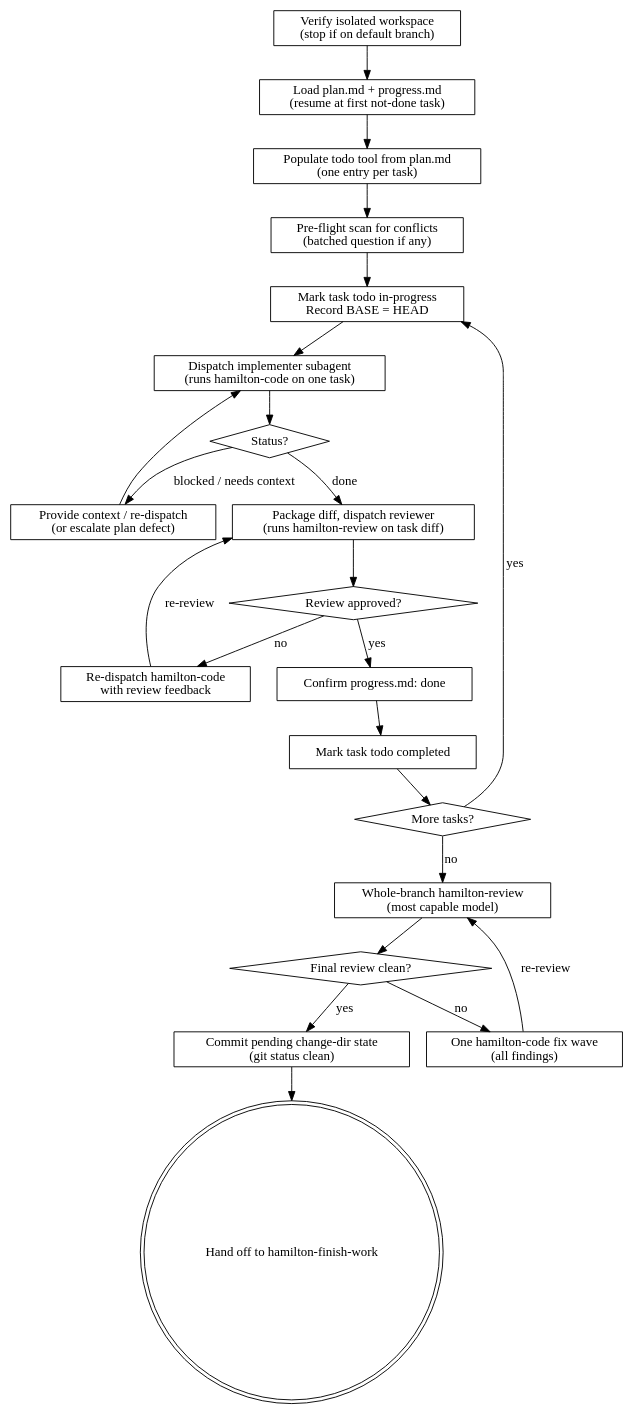
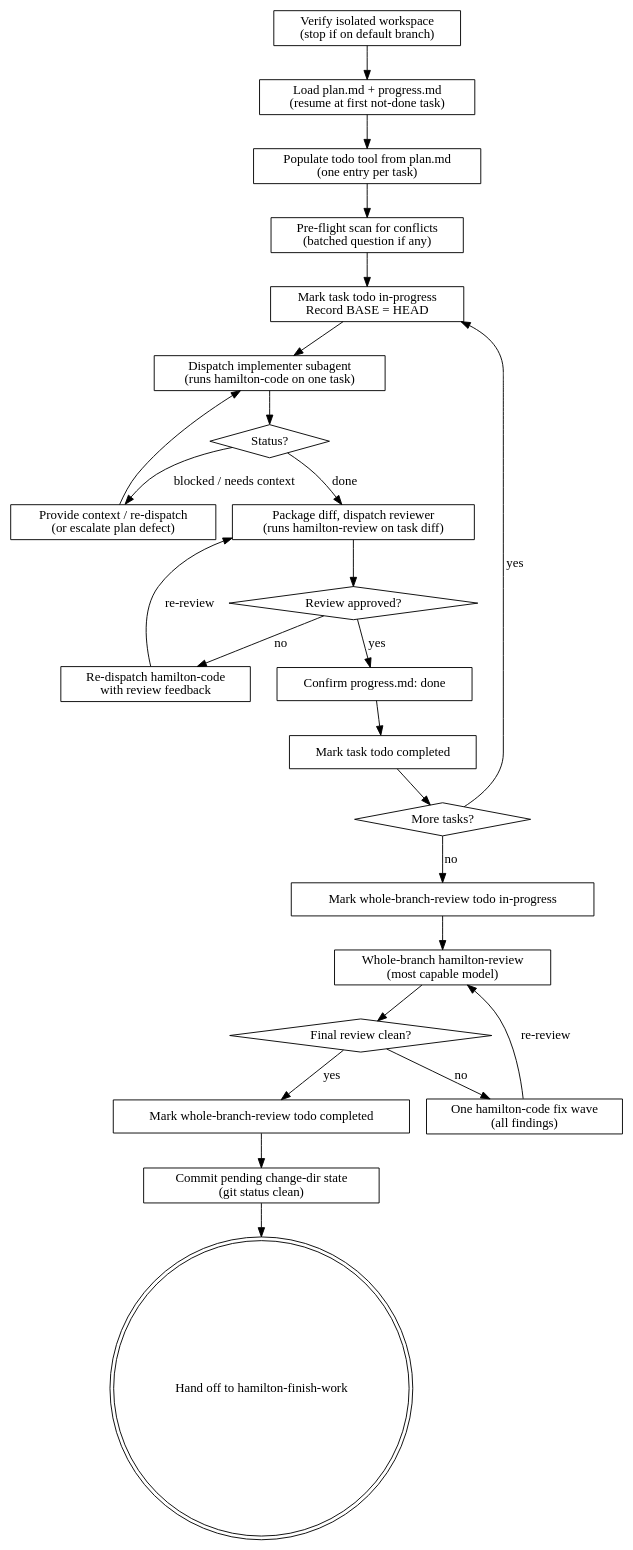
One commit to caiorcferreira/hamilton changed the diagram in skills/hamilton-orchestrate/SKILL.md. Above: the diagram before and after it, drawn with Graphviz. The commit also changed other lines of this file, not shown here.

First line of the commit message:
docs(hamilton-orchestrate): add todo entry for whole-branch review

````diff
--- a/skills/hamilton-orchestrate/SKILL.md
+++ b/skills/hamilton-orchestrate/SKILL.md
@@ -239,46 +244,50 @@
 ```dot
 digraph hamilton_orchestrate {
     "Verify isolated workspace\n(stop if on default branch)" [shape=box];
     "Load plan.md + progress.md\n(resume at first not-done task)" [shape=box];
     "Populate todo tool from plan.md\n(one entry per task)" [shape=box];
     "Pre-flight scan for conflicts\n(batched question if any)" [shape=box];
     "Mark task todo in-progress\nRecord BASE = HEAD" [shape=box];
     "Dispatch implementer subagent\n(runs hamilton-code on one task)" [shape=box];
     "Status?" [shape=diamond];
     "Provide context / re-dispatch\n(or escalate plan defect)" [shape=box];
     "Package diff, dispatch reviewer\n(runs hamilton-review on task diff)" [shape=box];
     "Review approved?" [shape=diamond];
     "Re-dispatch hamilton-code\nwith review feedback" [shape=box];
     "Confirm progress.md: done" [shape=box];
     "Mark task todo completed" [shape=box];
     "More tasks?" [shape=diamond];
+    "Mark whole-branch-review todo in-progress" [shape=box];
     "Whole-branch hamilton-review\n(most capable model)" [shape=box];
     "Final review clean?" [shape=diamond];
     "One hamilton-code fix wave\n(all findings)" [shape=box];
+    "Mark whole-branch-review todo completed" [shape=box];
     "Commit pending change-dir state\n(git status clean)" [shape=box];
     "Hand off to hamilton-finish-work" [shape=doublecircle];
 
     "Verify isolated workspace\n(stop if on default branch)" -> "Load plan.md + progress.md\n(resume at first not-done task)";
     "Load plan.md + progress.md\n(resume at first not-done task)" -> "Populate todo tool from plan.md\n(one entry per task)";
     "Populate todo tool from plan.md\n(one entry per task)" -> "Pre-flight scan for conflicts\n(batched question if any)";
     "Pre-flight scan for conflicts\n(batched question if any)" -> "Mark task todo in-progress\nRecord BASE = HEAD";
     "Mark task todo in-progress\nRecord BASE = HEAD" -> "Dispatch implementer subagent\n(runs hamilton-code on one task)";
     "Dispatch implementer subagent\n(runs hamilton-code on one task)" -> "Status?";
     "Status?" -> "Provide context / re-dispatch\n(or escalate plan defect)" [label="blocked / needs context"];
     "Provide context / re-dispatch\n(or escalate plan defect)" -> "Dispatch implementer subagent\n(runs hamilton-code on one task)";
     "Status?" -> "Package diff, dispatch reviewer\n(runs hamilton-review on task diff)" [label="done"];
     "Package diff, dispatch reviewer\n(runs hamilton-review on task diff)" -> "Review approved?";
     "Review approved?" -> "Re-dispatch hamilton-code\nwith review feedback" [label="no"];
     "Re-dispatch hamilton-code\nwith review feedback" -> "Package diff, dispatch reviewer\n(runs hamilton-review on task diff)" [label="re-review"];
     "Review approved?" -> "Confirm progress.md: done" [label="yes"];
     "Confirm progress.md: done" -> "Mark task todo completed";
     "Mark task todo completed" -> "More tasks?";
     "More tasks?" -> "Mark task todo in-progress\nRecord BASE = HEAD" [label="yes"];
-    "More tasks?" -> "Whole-branch hamilton-review\n(most capable model)" [label="no"];
+    "More tasks?" -> "Mark whole-branch-review todo in-progress" [label="no"];
+    "Mark whole-branch-review todo in-progress" -> "Whole-branch hamilton-review\n(most capable model)";
     "Whole-branch hamilton-review\n(most capable model)" -> "Final review clean?";
     "Final review clean?" -> "One hamilton-code fix wave\n(all findings)" [label="no"];
     "One hamilton-code fix wave\n(all findings)" -> "Whole-branch hamilton-review\n(most capable model)" [label="re-review"];
-    "Final review clean?" -> "Commit pending change-dir state\n(git status clean)" [label="yes"];
+    "Final review clean?" -> "Mark whole-branch-review todo completed" [label="yes"];
+    "Mark whole-branch-review todo completed" -> "Commit pending change-dir state\n(git status clean)";
     "Commit pending change-dir state\n(git status clean)" -> "Hand off to hamilton-finish-work";
 }
 ```
````
